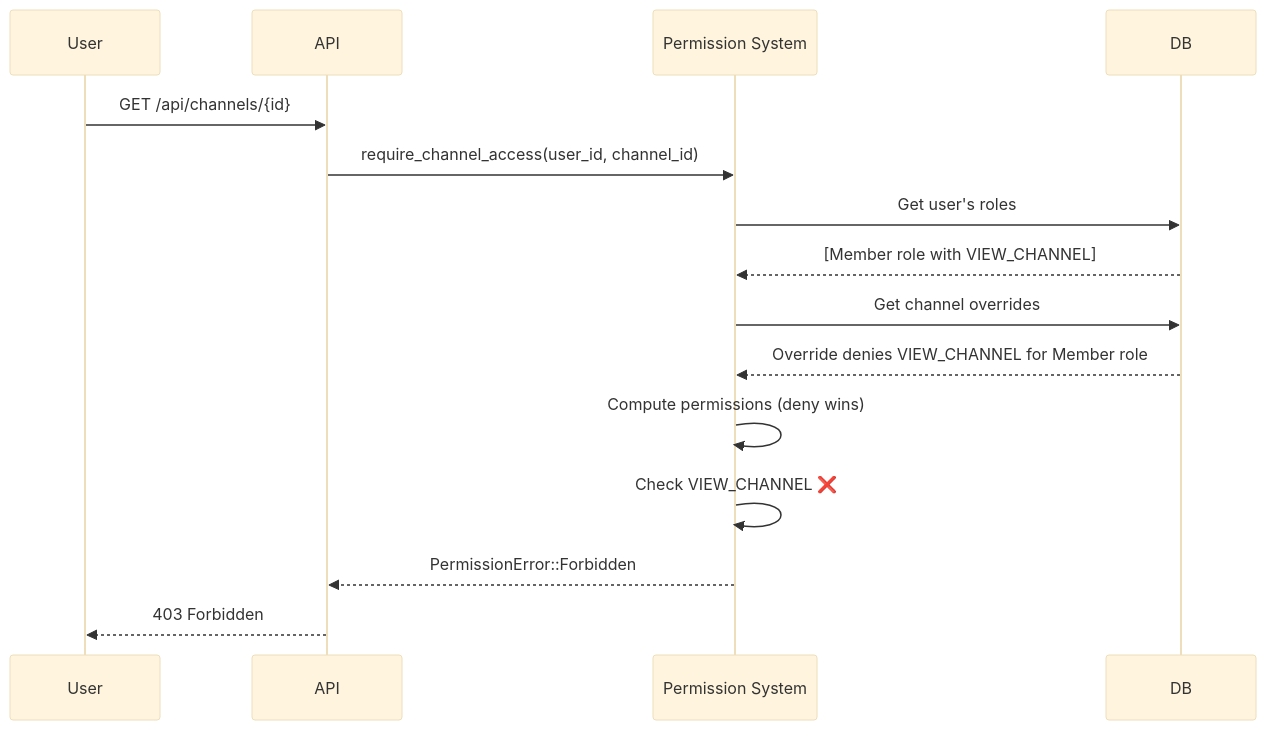
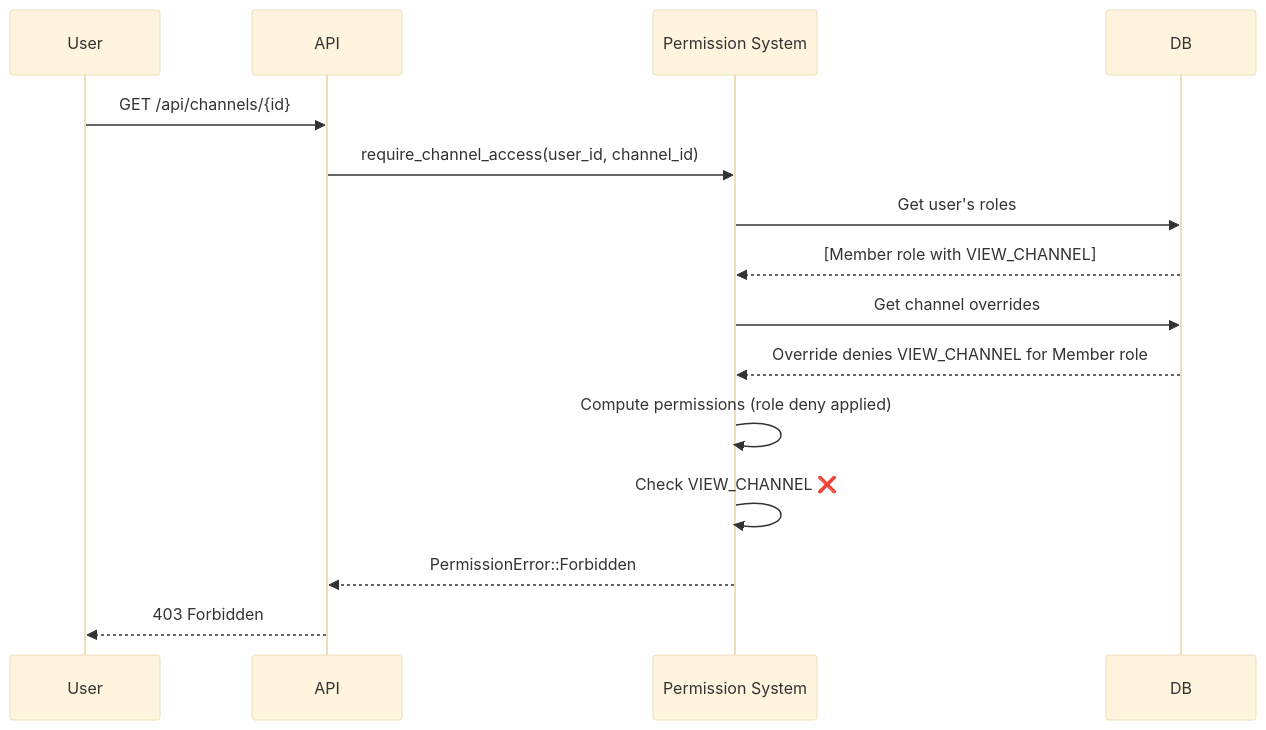
Before and after one commit to Detair/kaiku: the fifth of 7 diagrams in docs/admin-guide/features/channel-permissions.md, drawn with Mermaid (base theme). The commit also changed other lines of this file and 12 other files, not shown here.

````diff
--- a/docs/admin-guide/features/channel-permissions.md
+++ b/docs/admin-guide/features/channel-permissions.md
@@ -259,18 +260,18 @@
 ```mermaid
 sequenceDiagram
     participant User
     participant API
     participant PermSystem as Permission System
     participant DB
 
     User->>API: GET /api/channels/{id}
     API->>PermSystem: require_channel_access(user_id, channel_id)
     PermSystem->>DB: Get user's roles
     DB-->>PermSystem: [Member role with VIEW_CHANNEL]
     PermSystem->>DB: Get channel overrides
     DB-->>PermSystem: Override denies VIEW_CHANNEL for Member role
-    PermSystem->>PermSystem: Compute permissions (deny wins)
+    PermSystem->>PermSystem: Compute permissions (role deny applied)
     PermSystem->>PermSystem: Check VIEW_CHANNEL ❌
     PermSystem-->>API: PermissionError::Forbidden
     API-->>User: 403 Forbidden
 ```
````
